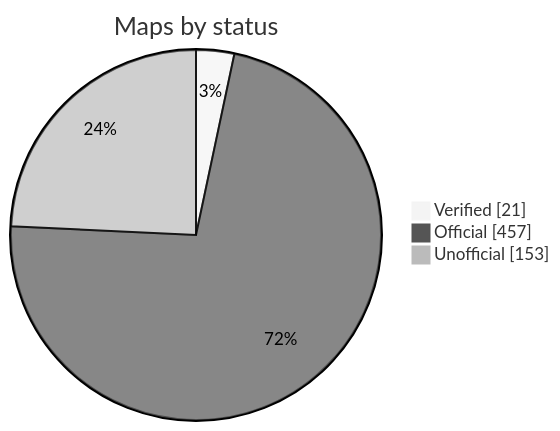
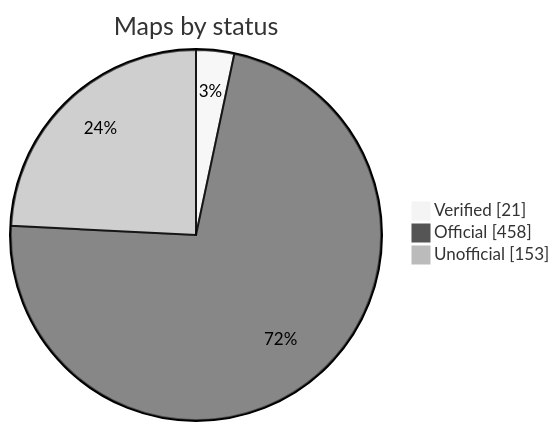
Before and after one commit to nobrega8/mbmap-library: the diagram in README.md, drawn with Mermaid (neutral theme). The commit also changed 6 other files, not shown here.

````diff
--- a/README.md
+++ b/README.md
@@ -52,7 +52,7 @@
 ```mermaid
 pie showData
     title Maps by status
     "Verified" : 21
-    "Official" : 457
+    "Official" : 458
     "Unofficial" : 153
 ```
````
